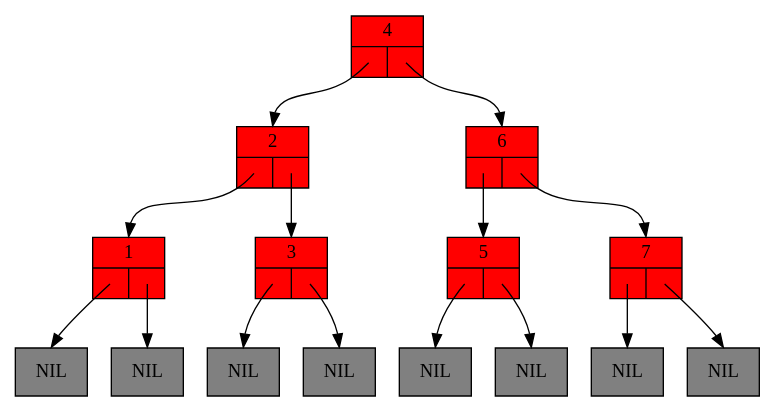
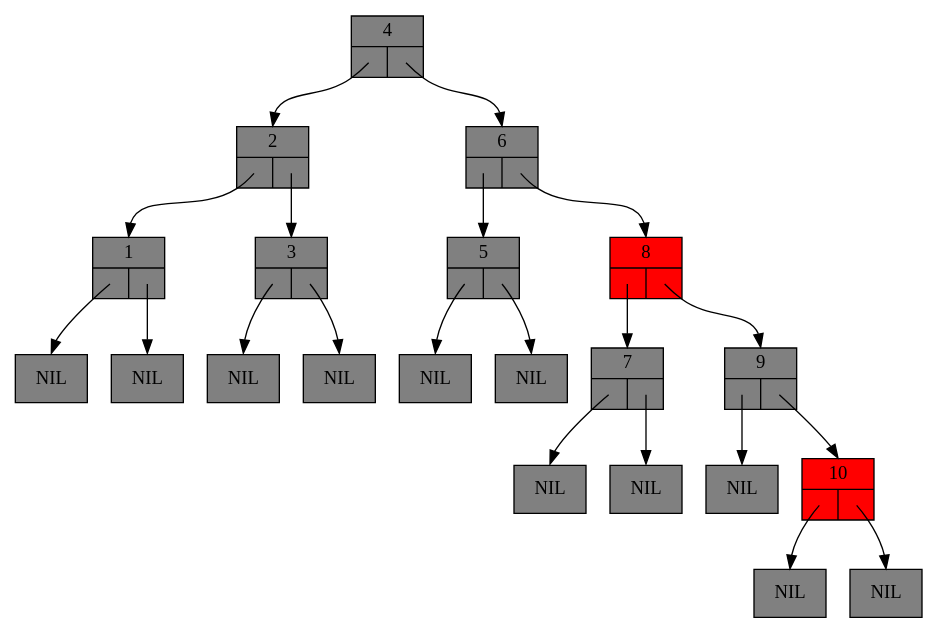
One commit to Antoinou7/TPAlgo3SD changed the diagram in TP6/base_code_lab6/Code/redblacktree_0.dot. Above: the diagram before and after it, drawn with Graphviz. The commit also changed 8 other files, not shown here.

```diff
--- a/TP6/base_code_lab6/Code/redblacktree_0.dot
+++ b/TP6/base_code_lab6/Code/redblacktree_0.dot
@@ -1,35 +1,47 @@
 digraph RedBlackTree {
 	graph [ranksep=0.5];
 	node [shape = record];
 
-	n1 [style=filled, fillcolor=red, label="{1|{<left>|<right>}}"];
+	n1 [style=filled, fillcolor=grey, label="{1|{<left>|<right>}}"];
 	lnil1 [style=filled, fillcolor=grey, label="NIL"];
 	n1:left:c -> lnil1:n [headclip=false, tailclip=false]
 	rnil1 [style=filled, fillcolor=grey, label="NIL"];
 	n1:right:c -> rnil1:n [headclip=false, tailclip=false]
-	n2 [style=filled, fillcolor=red, label="{2|{<left>|<right>}}"];
+	n2 [style=filled, fillcolor=grey, label="{2|{<left>|<right>}}"];
 	n2:left:c -> n1:n [headclip=false, tailclip=false]
 	n2:right:c -> n3:n [headclip=false, tailclip=false]
-	n3 [style=filled, fillcolor=red, label="{3|{<left>|<right>}}"];
+	n3 [style=filled, fillcolor=grey, label="{3|{<left>|<right>}}"];
 	lnil3 [style=filled, fillcolor=grey, label="NIL"];
 	n3:left:c -> lnil3:n [headclip=false, tailclip=false]
 	rnil3 [style=filled, fillcolor=grey, label="NIL"];
 	n3:right:c -> rnil3:n [headclip=false, tailclip=false]
-	n4 [style=filled, fillcolor=red, label="{4|{<left>|<right>}}"];
+	n4 [style=filled, fillcolor=grey, label="{4|{<left>|<right>}}"];
 	n4:left:c -> n2:n [headclip=false, tailclip=false]
 	n4:right:c -> n6:n [headclip=false, tailclip=false]
-	n5 [style=filled, fillcolor=red, label="{5|{<left>|<right>}}"];
+	n5 [style=filled, fillcolor=grey, label="{5|{<left>|<right>}}"];
 	lnil5 [style=filled, fillcolor=grey, label="NIL"];
 	n5:left:c -> lnil5:n [headclip=false, tailclip=false]
 	rnil5 [style=filled, fillcolor=grey, label="NIL"];
 	n5:right:c -> rnil5:n [headclip=false, tailclip=false]
-	n6 [style=filled, fillcolor=red, label="{6|{<left>|<right>}}"];
+	n6 [style=filled, fillcolor=grey, label="{6|{<left>|<right>}}"];
 	n6:left:c -> n5:n [headclip=false, tailclip=false]
-	n6:right:c -> n7:n [headclip=false, tailclip=false]
-	n7 [style=filled, fillcolor=red, label="{7|{<left>|<right>}}"];
+	n6:right:c -> n8:n [headclip=false, tailclip=false]
+	n7 [style=filled, fillcolor=grey, label="{7|{<left>|<right>}}"];
 	lnil7 [style=filled, fillcolor=grey, label="NIL"];
 	n7:left:c -> lnil7:n [headclip=false, tailclip=false]
 	rnil7 [style=filled, fillcolor=grey, label="NIL"];
 	n7:right:c -> rnil7:n [headclip=false, tailclip=false]
+	n8 [style=filled, fillcolor=red, label="{8|{<left>|<right>}}"];
+	n8:left:c -> n7:n [headclip=false, tailclip=false]
+	n8:right:c -> n9:n [headclip=false, tailclip=false]
+	n9 [style=filled, fillcolor=grey, label="{9|{<left>|<right>}}"];
+	lnil9 [style=filled, fillcolor=grey, label="NIL"];
+	n9:left:c -> lnil9:n [headclip=false, tailclip=false]
+	n9:right:c -> n10:n [headclip=false, tailclip=false]
+	n10 [style=filled, fillcolor=red, label="{10|{<left>|<right>}}"];
+	lnil10 [style=filled, fillcolor=grey, label="NIL"];
+	n10:left:c -> lnil10:n [headclip=false, tailclip=false]
+	rnil10 [style=filled, fillcolor=grey, label="NIL"];
+	n10:right:c -> rnil10:n [headclip=false, tailclip=false]
 
 }
```
